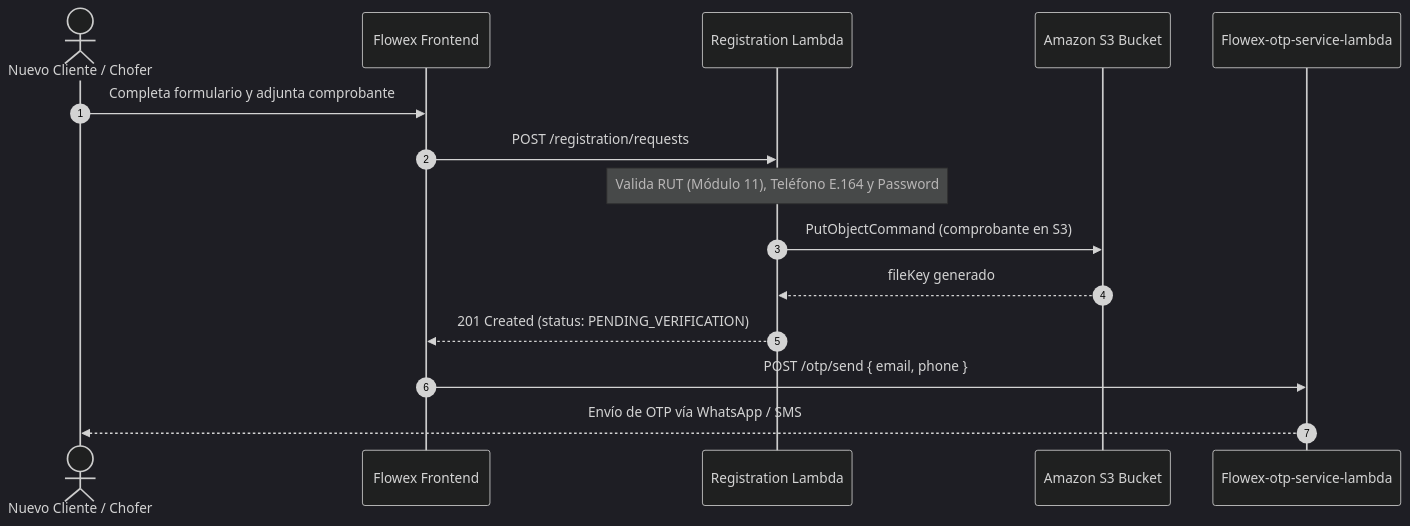
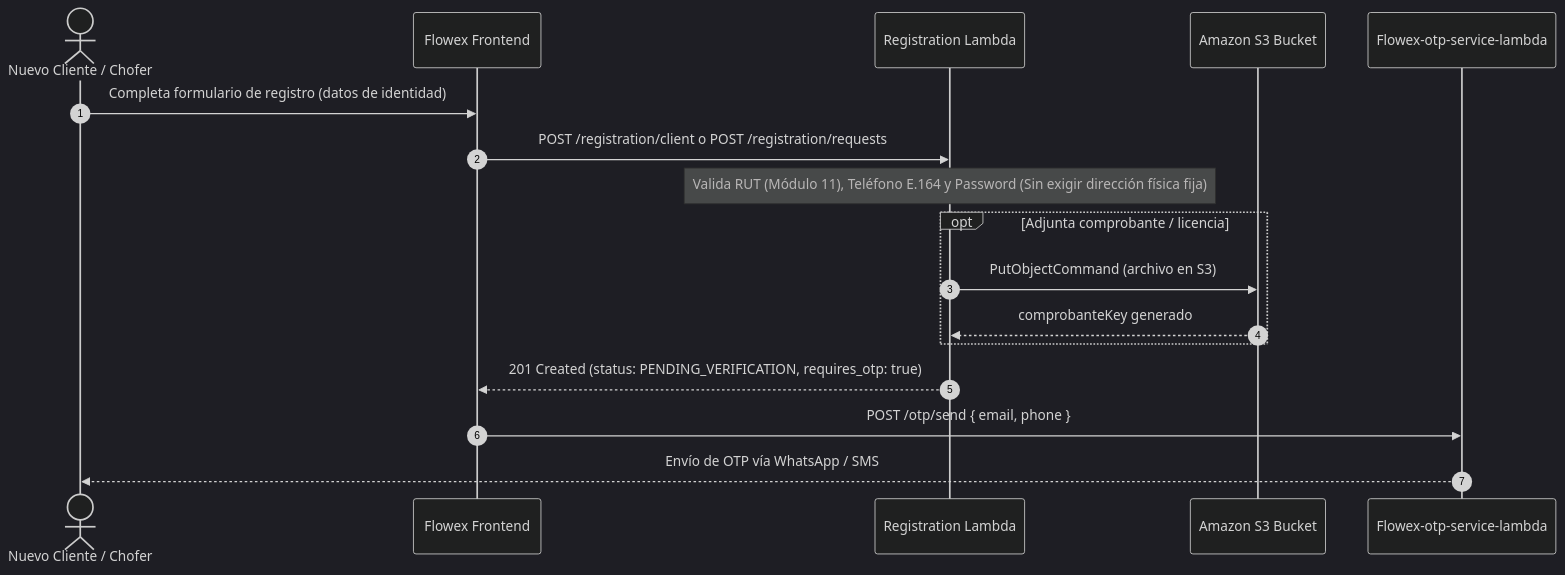
Before and after one commit to start-level-cl/Flowex-api-docs: the diagram in docs-src/registration.md, drawn with Mermaid (dark theme). The commit also changed other lines of this file and 33 other files, not shown here.

````diff
--- a/docs-src/registration.md
+++ b/docs-src/registration.md
@@ -39,19 +49,21 @@
 ```mermaid
 sequenceDiagram
     autonumber
     actor Solicitante as Nuevo Cliente / Chofer
     participant WebApp as Flowex Frontend
     participant RegLambda as Registration Lambda
     participant S3 as Amazon S3 Bucket
     participant OTPService as Flowex-otp-service-lambda
 
-    Solicitante->>WebApp: Completa formulario y adjunta comprobante
-    WebApp->>RegLambda: POST /registration/requests
-    Note over RegLambda: Valida RUT (Módulo 11), Teléfono E.164 y Password
-    RegLambda->>S3: PutObjectCommand (comprobante en S3)
-    S3-->>RegLambda: fileKey generado
-    RegLambda-->>WebApp: 201 Created (status: PENDING_VERIFICATION)
+    Solicitante->>WebApp: Completa formulario de registro (datos de identidad)
+    WebApp->>RegLambda: POST /registration/client o POST /registration/requests
+    Note over RegLambda: Valida RUT (Módulo 11), Teléfono E.164 y Password (Sin exigir dirección física fija)
+    opt Adjunta comprobante / licencia
+        RegLambda->>S3: PutObjectCommand (archivo en S3)
+        S3-->>RegLambda: comprobanteKey generado
+    end
+    RegLambda-->>WebApp: 201 Created (status: PENDING_VERIFICATION, requires_otp: true)
     
     WebApp->>OTPService: POST /otp/send { email, phone }
     OTPService-->>Solicitante: Envío de OTP vía WhatsApp / SMS
 ```
````
